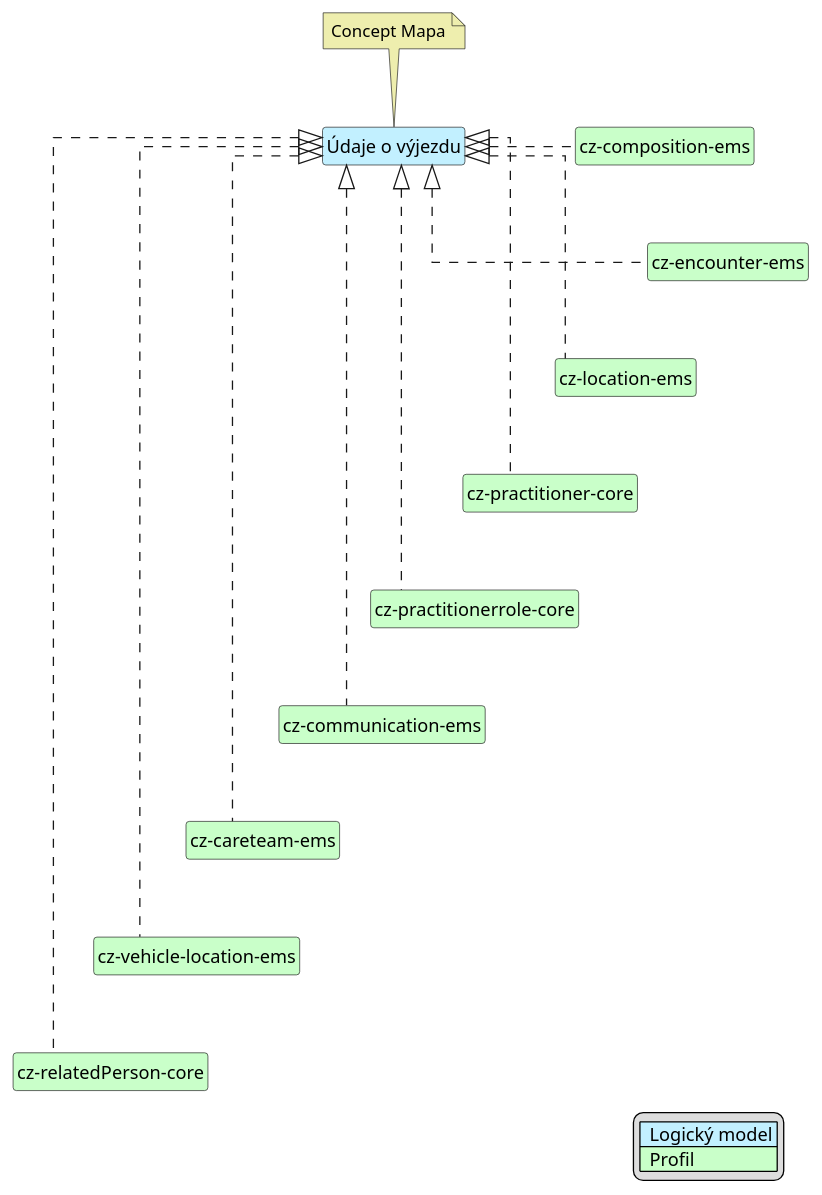
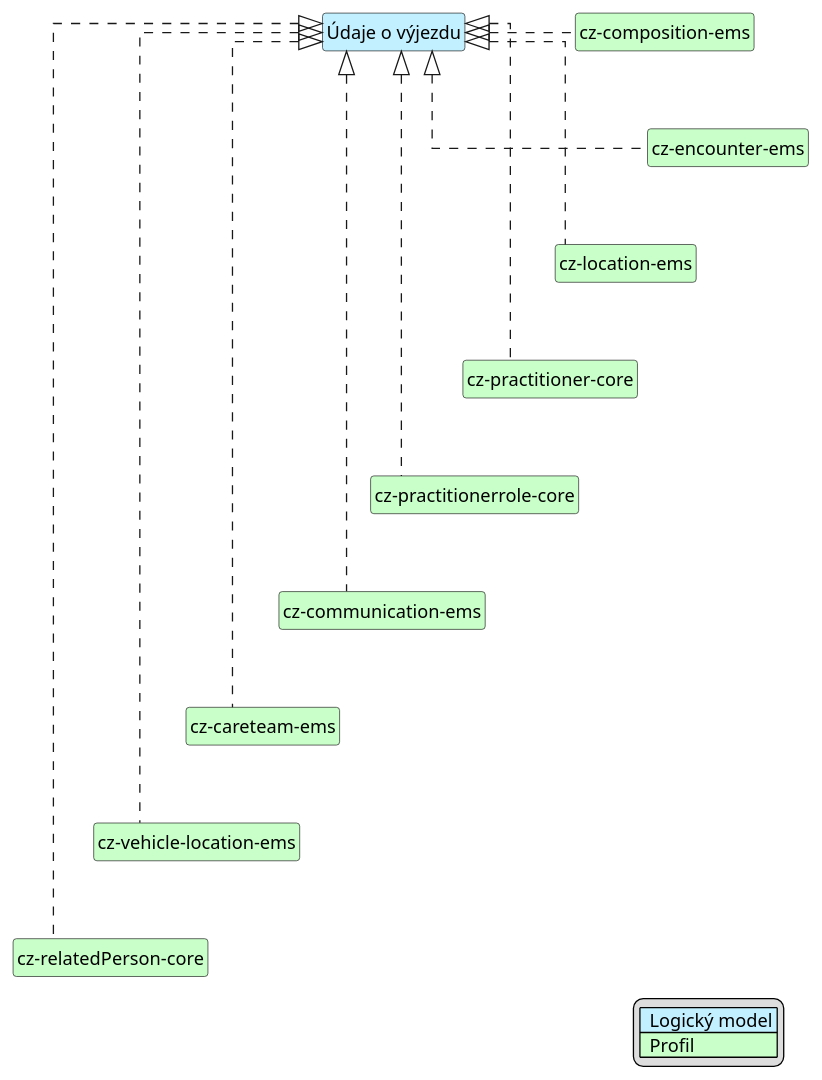
The diagram in input/images-source/emsDispatchData-map-cs.plantuml (HL7-cz/cz-ems), drawn with PlantUML before and after one commit. The commit also changed 23 other files, not shown here.

Commit message:
úprava plantuml schémat

```diff
--- a/input/images-source/emsDispatchData-map-cs.plantuml
+++ b/input/images-source/emsDispatchData-map-cs.plantuml
@@ -1,50 +1,47 @@
 @startuml
 hide circle
 hide stereotype
 hide members
 hide methods
 skinparam linetype ortho
 skinparam class {
 BackgroundColor<<LogicalModel>> #APPLICATION
 BackgroundColor<<Profile>> #TECHNOLOGY
 }
 legend right
 | <#APPLICATION>  Logický model |
 | <#TECHNOLOGY>  Profil |
 endlegend
 
 class "Údaje o výjezdu" <<LogicalModel>> [[StructureDefinition-LogDispatchDataCz.html]]
-note top #EEEEAE [[ConceptMap-DispatchDataEMS2FHIR-cz.html]]
-Concept Mapa
-endnote
 
 class "cz-composition-ems" <<Profile>> [[StructureDefinition-cz-composition-ems.html]]
 class "cz-encounter-ems" <<Profile>> [[StructureDefinition-cz-encounter-ems.html]]
 class "cz-vehicle-location-ems" <<Profile>> [[StructureDefinition-cz-vehicle-location-ems.html]]
 class "cz-location-ems" <<Profile>> [[StructureDefinition-cz-location-ems.html]]
 class "cz-careteam-ems" <<Profile>> [[StructureDefinition-cz-careteam-ems.html]]
 class "cz-practitioner-core" <<Profile>> [[https://build.fhir.org/ig/HL7-cz/cz-core/StructureDefinition-cz-practitioner-core.html]]
 class "cz-practitionerrole-core" <<Profile>> [[https://build.fhir.org/ig/HL7-cz/cz-core/StructureDefinition-cz-practitionerrole-core.html]]
 class "cz-communication-ems" <<Profile>> [[StructureDefinition-cz-communication-ems.html]]
 class "cz-relatedPerson-core" <<Profile>> [[https://build.fhir.org/ig/HL7-cz/cz-core/StructureDefinition-cz-relatedPerson-core.html]]
 
 "Údaje o výjezdu" <|. "cz-composition-ems"
 "Údaje o výjezdu" <|. "cz-encounter-ems"
 "Údaje o výjezdu" <|. "cz-location-ems"
 "Údaje o výjezdu" <|. "cz-careteam-ems"
 "Údaje o výjezdu" <|. "cz-practitioner-core"
 "Údaje o výjezdu" <|. "cz-practitionerrole-core"
 "Údaje o výjezdu" <|. "cz-communication-ems"
 "Údaje o výjezdu" <|. "cz-vehicle-location-ems"
 "Údaje o výjezdu" <|. "cz-relatedPerson-core"
 
 "cz-composition-ems" -d[hidden]-> "cz-encounter-ems"
 "cz-encounter-ems" -d[hidden]-> "cz-location-ems"
 "cz-location-ems" -d[hidden]-> "cz-practitioner-core"
 "cz-practitioner-core" -d[hidden]-> "cz-practitionerrole-core"
 "cz-practitionerrole-core" -d[hidden]-> "cz-communication-ems"
 "cz-communication-ems" -d[hidden]-> "cz-careteam-ems"
 "cz-careteam-ems" -d[hidden]-> "cz-vehicle-location-ems"
 "cz-vehicle-location-ems" -d[hidden]-> "cz-relatedPerson-core"
 
 @enduml
```
